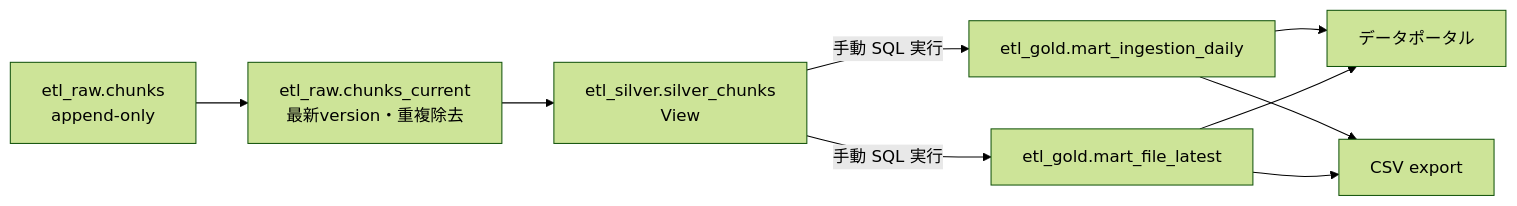
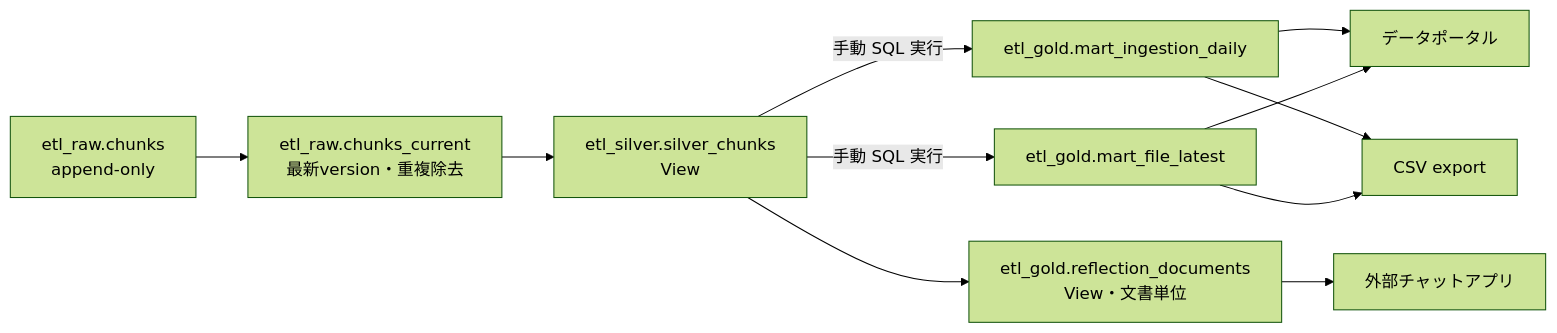
The diagram in docs/architecture.md (qei-2027-700/go-drive-etl), drawn with Mermaid (forest theme) before and after one commit. The commit also changed other lines of this file and 6 other files, not shown here.

Commit message:
feat: add Gold view for reflection documents

````diff
--- a/docs/architecture.md
+++ b/docs/architecture.md
@@ -153,11 +153,13 @@
 ```mermaid
 flowchart LR
   chunks["etl_raw.chunks\nappend-only"] --> current["etl_raw.chunks_current\n最新version・重複除去"]
   current --> silver["etl_silver.silver_chunks\nView"]
   silver -->|"手動 SQL 実行"| daily["etl_gold.mart_ingestion_daily"]
   silver -->|"手動 SQL 実行"| latest["etl_gold.mart_file_latest"]
+  silver --> documents["etl_gold.reflection_documents\nView・文書単位"]
+  documents --> chat["外部チャットアプリ"]
   daily --> looker["データポータル"]
   daily --> export["CSV export"]
   latest --> looker
   latest --> export
 ```
````
